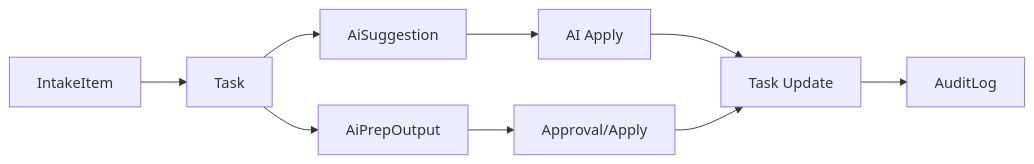
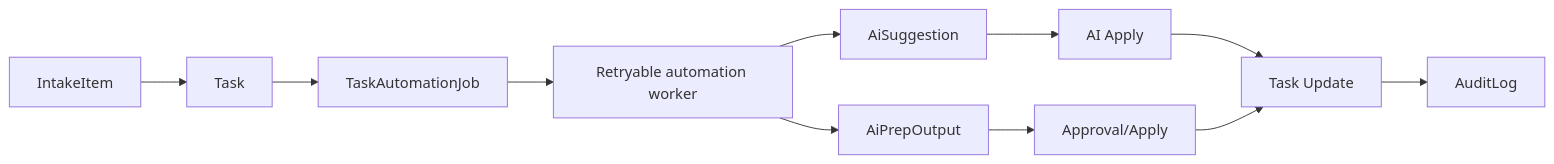
The sixth of 7 diagrams in doc/architecture.md (Hosi121/holoplax), drawn with Mermaid before and after one commit. The commit also changed other lines of this file and 2 other files, not shown here.

Commit message:
docs(architecture): record consistency guarantees

````diff
--- a/doc/architecture.md
+++ b/doc/architecture.md
@@ -67,11 +69,13 @@
 ```mermaid
 flowchart LR
   Intake[IntakeItem] --> Task[Task]
-  Task --> Suggest[AiSuggestion]
-  Task --> Prep[AiPrepOutput]
+  Task --> Job[TaskAutomationJob]
+  Job --> Worker[Retryable automation worker]
+  Worker --> Suggest[AiSuggestion]
+  Worker --> Prep[AiPrepOutput]
   Suggest --> Apply[AI Apply]
   Prep --> Approval[Approval/Apply]
   Apply --> TaskUpdate[Task Update]
   Approval --> TaskUpdate
   TaskUpdate --> Log[AuditLog]
 ```
````
